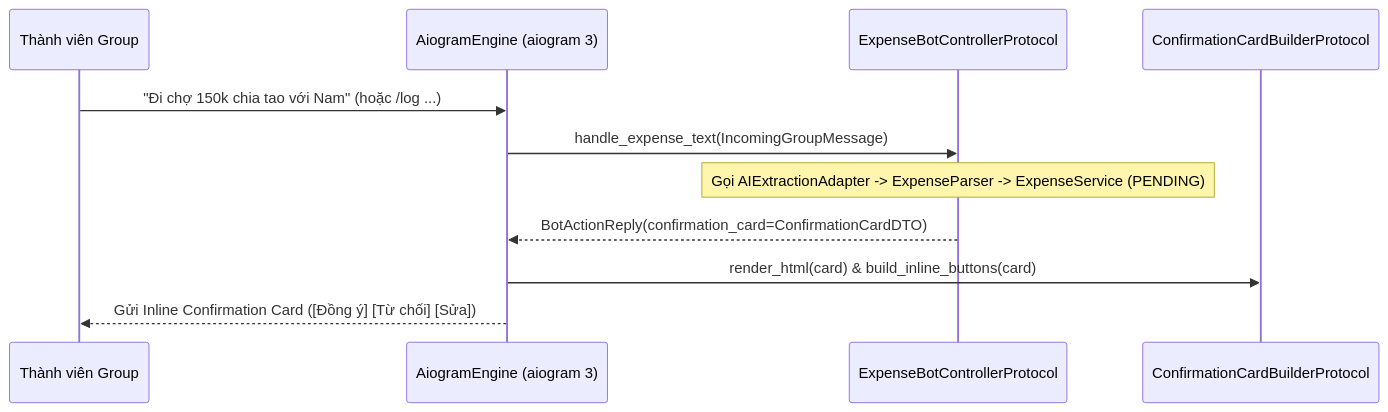
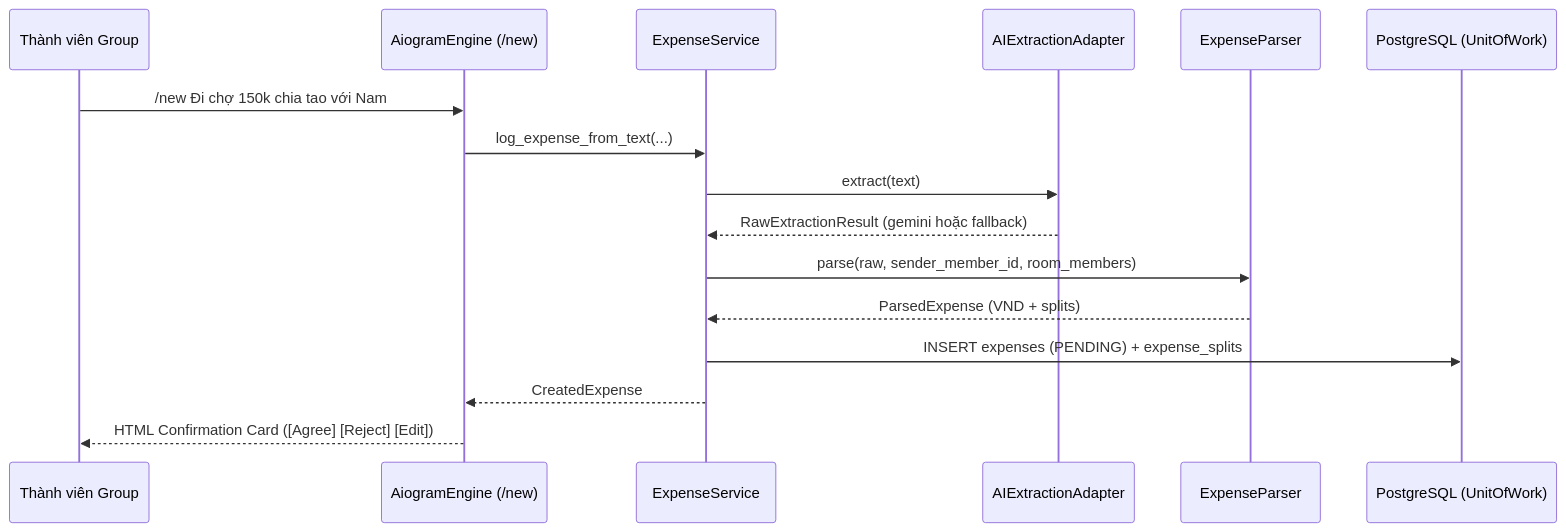
Before and after one commit to AmnO-O/TroMateProject: the diagram in docs/analysis-and-design/subtask-3-telegram-bot-interface-plan.md, drawn with Mermaid. The commit also changed other lines of this file and 10 other files, not shown here.

Commit message:
feat(scrum-123): integrate UC01 /new command with ExpenseService and docs

````diff
--- a/docs/analysis-and-design/subtask-3-telegram-bot-interface-plan.md
+++ b/docs/analysis-and-design/subtask-3-telegram-bot-interface-plan.md
@@ -50,14 +43,19 @@
 ```mermaid
 sequenceDiagram
     participant User as Thành viên Group
-    participant Router as AiogramEngine (aiogram 3)
-    participant Ctrl as ExpenseBotControllerProtocol
-    participant Card as ConfirmationCardBuilderProtocol
+    participant Bot as AiogramEngine (/new)
+    participant Svc as ExpenseService
+    participant AI as AIExtractionAdapter
+    participant Parser as ExpenseParser
+    participant DB as PostgreSQL (UnitOfWork)
 
-    User->>Router: "Đi chợ 150k chia tao với Nam" (hoặc /log ...)
-    Router->>Ctrl: handle_expense_text(IncomingGroupMessage)
-    Note over Ctrl: Gọi AIExtractionAdapter -> ExpenseParser -> ExpenseService (PENDING)
-    Ctrl-->>Router: BotActionReply(confirmation_card=ConfirmationCardDTO)
-    Router->>Card: render_html(card) & build_inline_buttons(card)
-    Router-->>User: Gửi Inline Confirmation Card ([Đồng ý] [Từ chối] [Sửa])
+    User->>Bot: /new Đi chợ 150k chia tao với Nam
+    Bot->>Svc: log_expense_from_text(...)
+    Svc->>AI: extract(text)
+    AI-->>Svc: RawExtractionResult (gemini hoặc fallback)
+    Svc->>Parser: parse(raw, sender_member_id, room_members)
+    Parser-->>Svc: ParsedExpense (VND + splits)
+    Svc->>DB: INSERT expenses (PENDING) + expense_splits
+    Svc-->>Bot: CreatedExpense
+    Bot-->>User: HTML Confirmation Card ([Agree] [Reject] [Edit])
 ```
````
